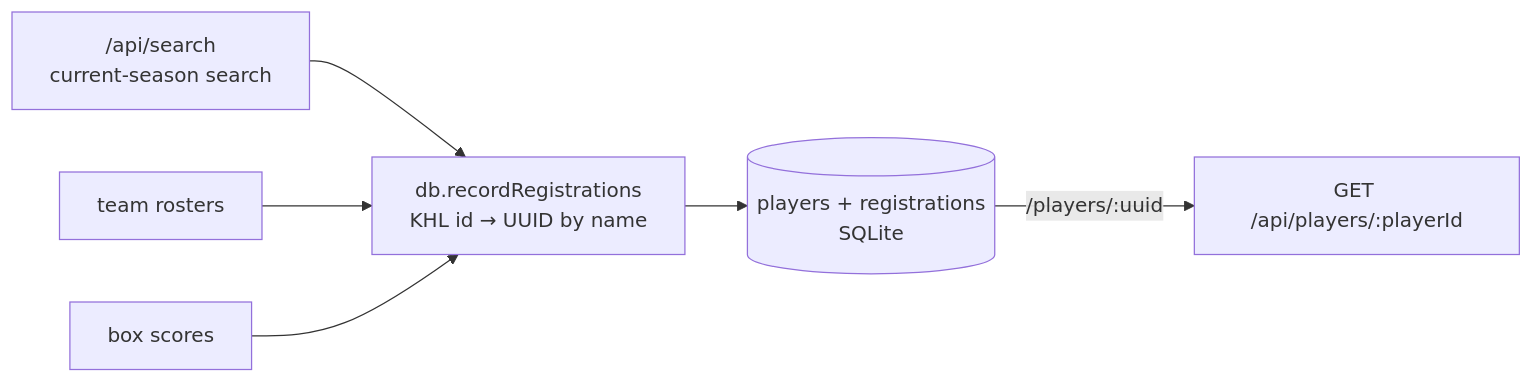
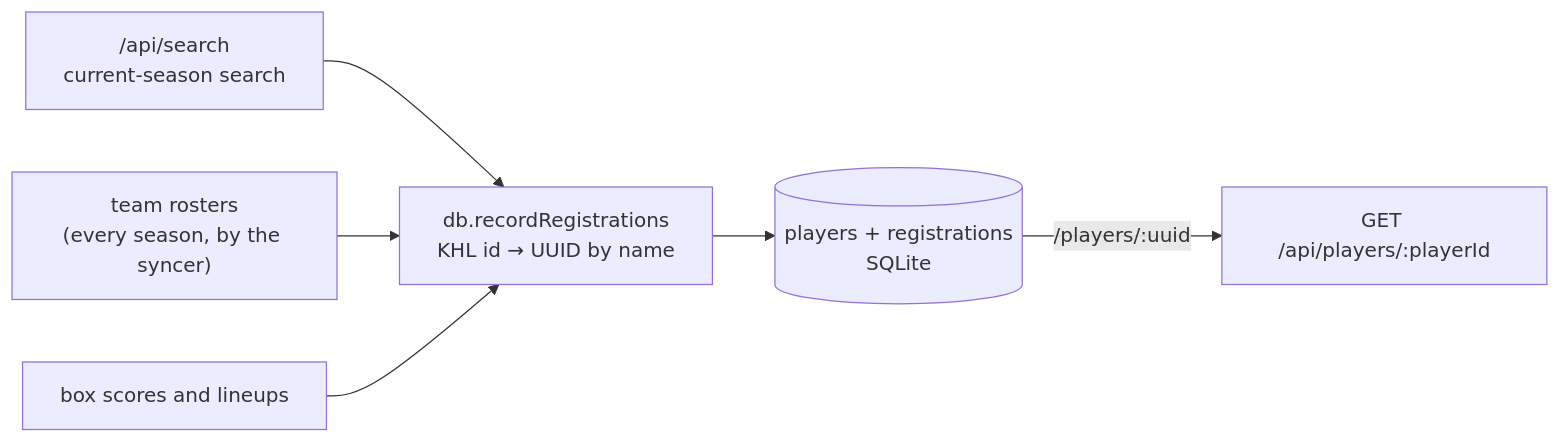
One commit to dvdzkwsk/dvdzkwsk changed the fifth of 7 diagrams in projects/khl/ARCHITECTURE.md. Above: the diagram before and after it, drawn with Mermaid. The commit also changed other lines of this file and 28 other files, not shown here.

````diff
--- a/projects/khl/ARCHITECTURE.md
+++ b/projects/khl/ARCHITECTURE.md
@@ -127,8 +164,8 @@
 ```mermaid
 flowchart LR
     Search["/api/search<br/>current-season search"] --> Record["db.recordRegistrations<br/>KHL id → UUID by name"]
-    Roster["team rosters"] --> Record
-    Box["box scores"] --> Record
+    Roster["team rosters<br/>(every season, by the syncer)"] --> Record
+    Box["box scores and lineups"] --> Record
     Record --> UUID[("players + registrations<br/>SQLite")]
     UUID -- "/players/:uuid" --> Profile["GET /api/players/:playerId"]
 ```
````
